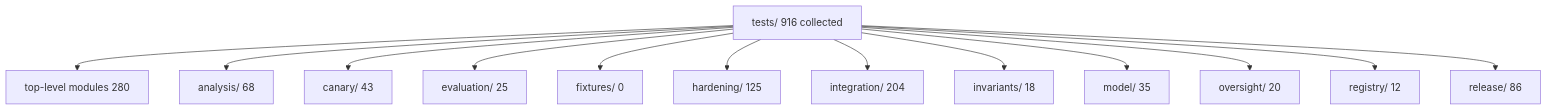
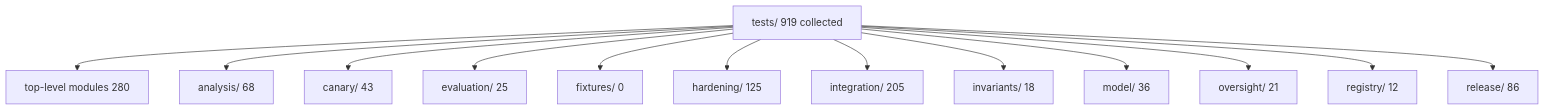
The diagram in tests/README.md (docxology/red_line), drawn with Mermaid before and after one commit. The commit also changed other lines of this file and 25 other files, not shown here.

````diff
--- a/tests/README.md
+++ b/tests/README.md
@@ -7,28 +7,28 @@
 ```mermaid
 flowchart TD
-  root["tests/ 916 collected"]
+  root["tests/ 919 collected"]
   top["top-level modules 280"]
   analysis["analysis/ 68"]
   canary["canary/ 43"]
   evaluation["evaluation/ 25"]
   fixtures["fixtures/ 0"]
   hardening["hardening/ 125"]
-  integration["integration/ 204"]
+  integration["integration/ 205"]
   invariants["invariants/ 18"]
-  model["model/ 35"]
-  oversight["oversight/ 20"]
+  model["model/ 36"]
+  oversight["oversight/ 21"]
   registry["registry/ 12"]
   release["release/ 86"]
   root --> top
   root --> analysis
   root --> canary
   root --> evaluation
   root --> fixtures
   root --> hardening
   root --> integration
   root --> invariants
   root --> model
   root --> oversight
   root --> registry
   root --> release
 ```
````
